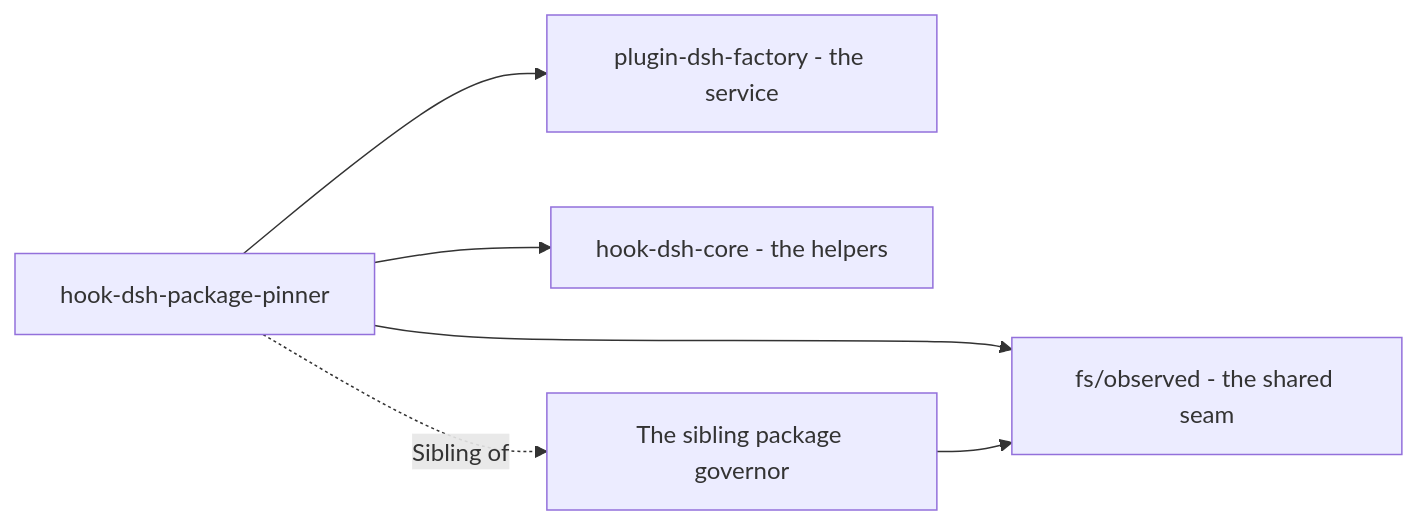
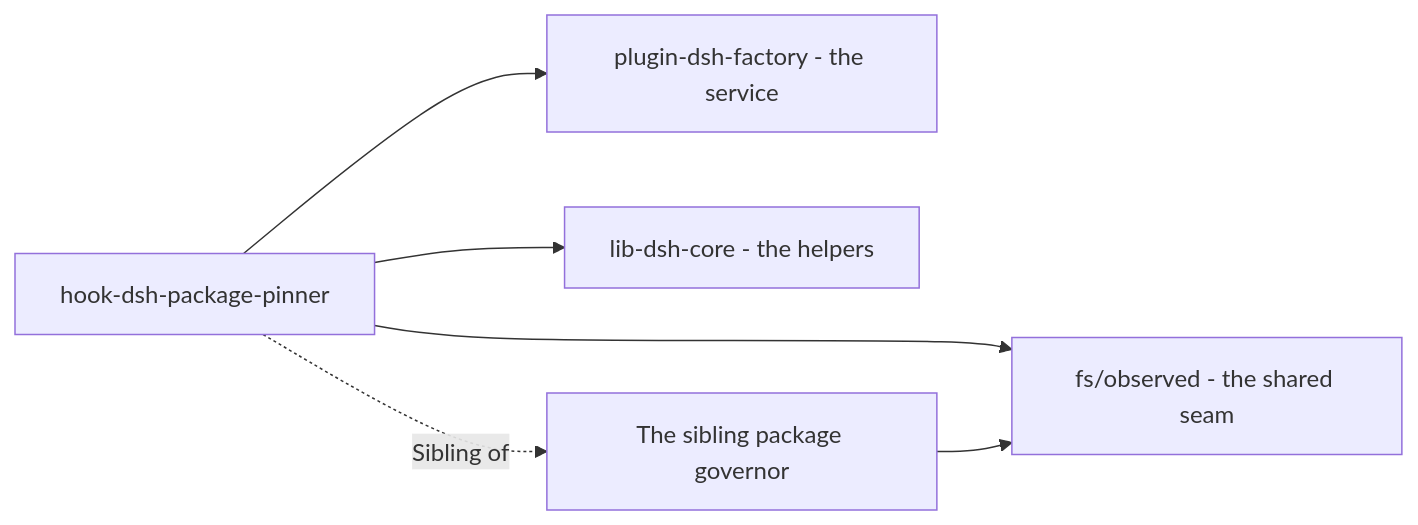
The diagram in Source/Content/Mermaid/family-position.mmd (PlayForm/Site-DeepSeek), drawn with Mermaid before and after one commit. The commit also changed 161 other files, not shown here.

```diff
--- a/Source/Content/Mermaid/family-position.mmd
+++ b/Source/Content/Mermaid/family-position.mmd
@@ -1,11 +1,11 @@
 flowchart LR
 	PINNER["hook-dsh-package-pinner"]
 	FACTORY["plugin-dsh-factory - the service"]
-	CORE["hook-dsh-core - the helpers"]
+	CORE["lib-dsh-core - the helpers"]
 	GOV["The sibling package governor"]
 	SEAM["fs/observed - the shared seam"]
 	PINNER --> FACTORY
 	PINNER --> CORE
 	PINNER --> SEAM
 	GOV --> SEAM
 	PINNER -. "Sibling of" .-> GOV
```
